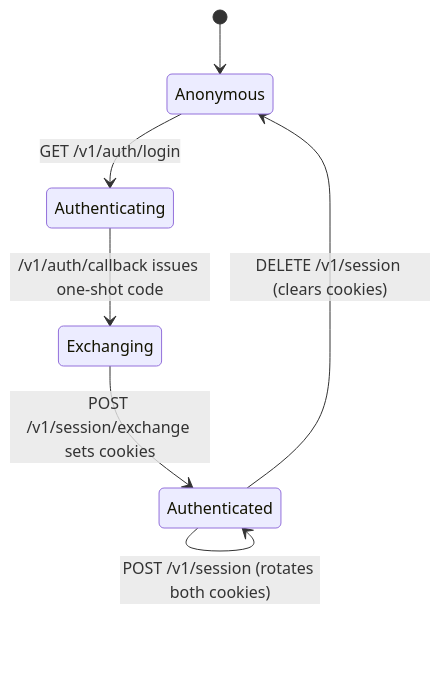
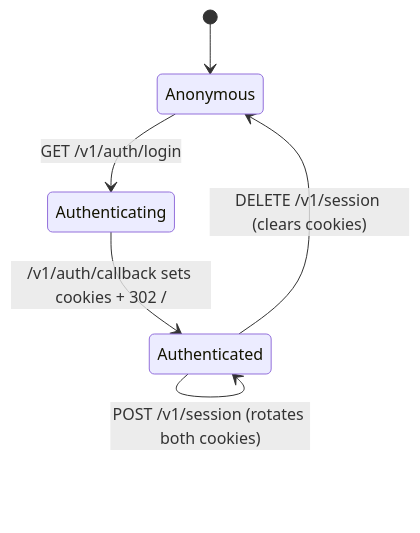
The third of 3 diagrams in docs/src/architecture/04-auth-flow.md (EPFL-ENAC/co2-calculator), drawn with Mermaid before and after one commit. The commit also changed other lines of this file and 1 other file, not shown here.

First line of the commit message:
docs: update auth-flow doc and mark ADR-019 superseded

````diff
--- a/docs/src/architecture/04-auth-flow.md
+++ b/docs/src/architecture/04-auth-flow.md
@@ -78,9 +71,8 @@
 ```mermaid
 stateDiagram-v2
     [*] --> Anonymous
     Anonymous --> Authenticating: GET /v1/auth/login
-    Authenticating --> Exchanging: /v1/auth/callback issues one-shot code
-    Exchanging --> Authenticated: POST /v1/session/exchange sets cookies
+    Authenticating --> Authenticated: /v1/auth/callback sets cookies + 302 /
     Authenticated --> Authenticated: POST /v1/session (rotates both cookies)
     Authenticated --> Anonymous: DELETE /v1/session (clears cookies)
 ```
````
